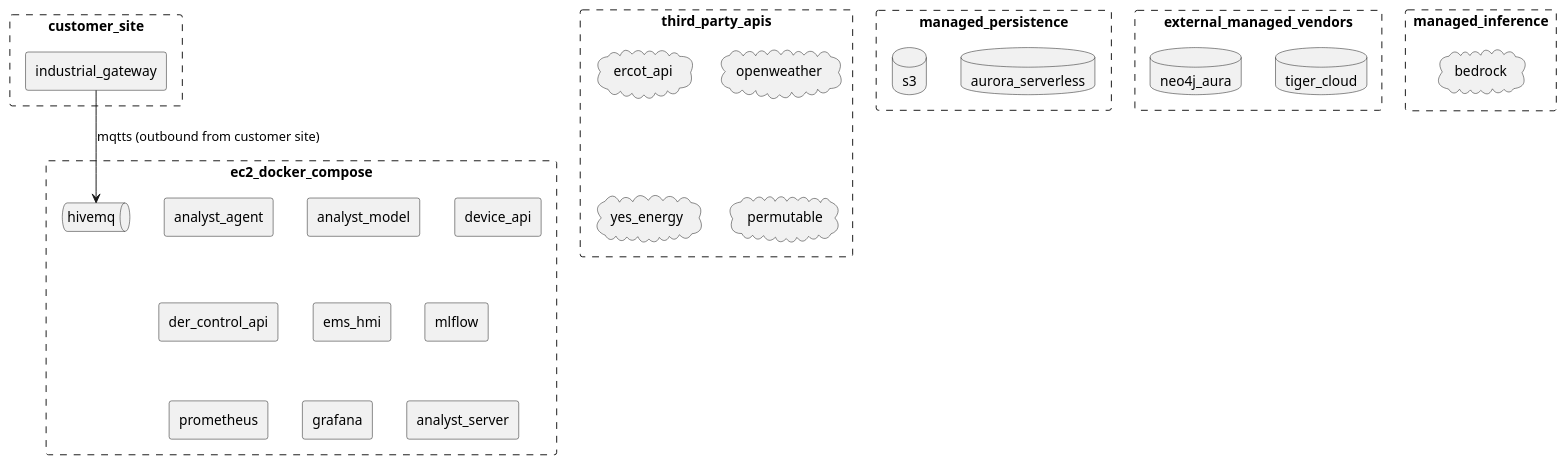
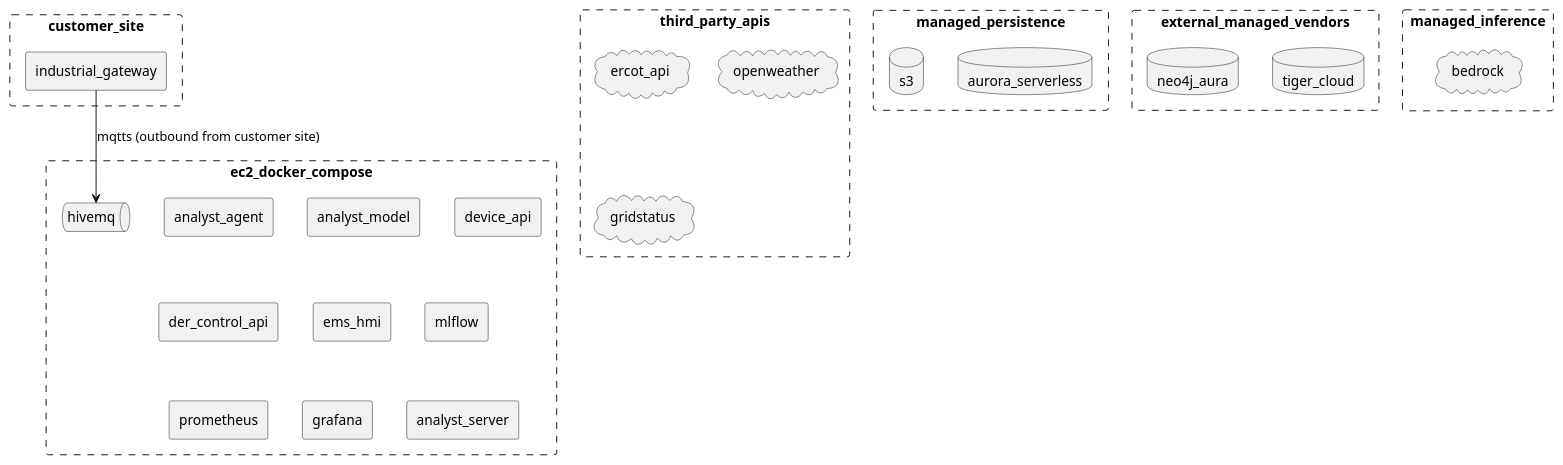
Before and after one commit to arcnode-io/ems: the fourth of 7 diagrams in readme.md, drawn with PlantUML. The commit also changed other lines of this file, not shown here.

Commit message:
📝 docs: scrub fictional yes_energy/permutable, add real gridstatus integration
yes_energy/permutable never had any real code — confirmed via org-wide
search and system_adr.md's own history ("Permutable and Yes Energy are
sales-gated enterprise contracts unsuited to demo-stage and
ARCNODE-procured economics," i.e. evaluated and rejected, never built).
gridstatus.io IS real (ems-analyst's markets.py, genuine
GRIDSTATUS_API_KEY) but was missing from this diagram entirely.

Claude-Session: https://claude.ai/code/session_01RGoncSdkUnKY9YohEupCkP

````diff
--- a/readme.md
+++ b/readme.md
@@ -178,41 +178,40 @@
 ```plantuml
 rectangle ec2_docker_compose #line.dashed {
     rectangle analyst_agent
     rectangle analyst_model
     rectangle device_api
     rectangle der_control_api
     queue hivemq
     rectangle ems_hmi
     rectangle mlflow
     rectangle prometheus
     rectangle grafana
     rectangle analyst_server
 }
 
 rectangle customer_site #line.dashed {
     rectangle industrial_gateway
 }
 
 rectangle managed_persistence #line.dashed {
     database aurora_serverless
     database s3
 }
 
 rectangle external_managed_vendors #line.dashed {
     database tiger_cloud
     database neo4j_aura
 }
 
 rectangle managed_inference #line.dashed {
     cloud bedrock
 }
 
 rectangle third_party_apis #line.dashed {
     cloud ercot_api
     cloud openweather
-    cloud yes_energy
-    cloud permutable
+    cloud gridstatus
 }
 
 industrial_gateway --> hivemq: mqtts (outbound from customer site)
 ```
````
